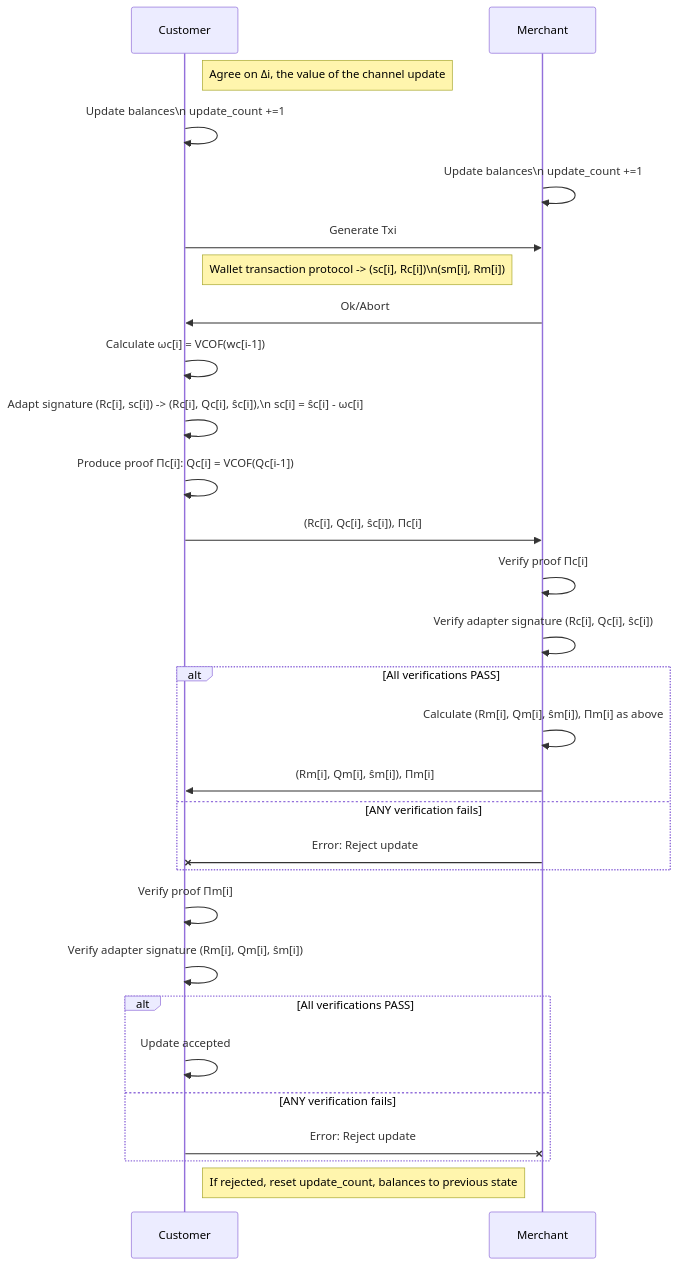
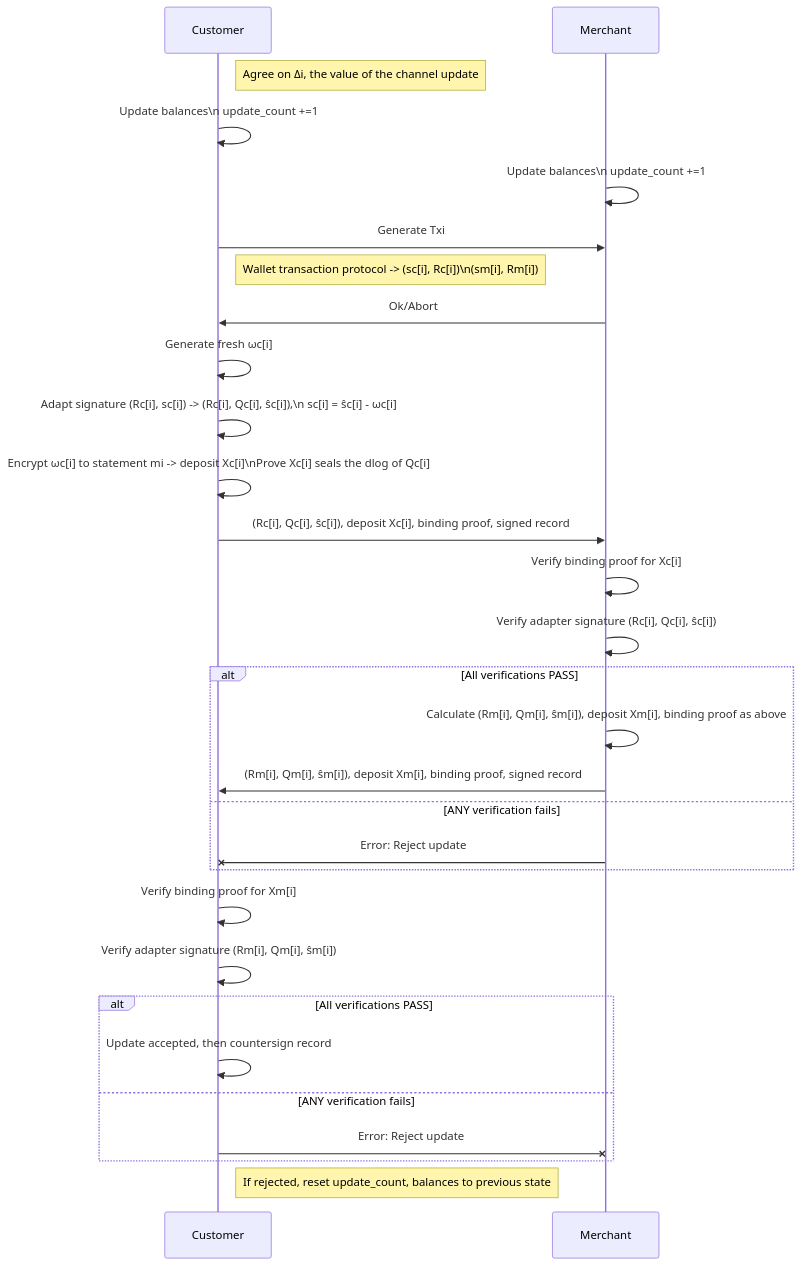
Before and after one commit to grease-xmr/grease: the diagram in docs/diagrams/channel_update_sequence.md, drawn with Mermaid. The commit also changed 48 other files, not shown here.

````diff
--- a/docs/diagrams/channel_update_sequence.md
+++ b/docs/diagrams/channel_update_sequence.md
@@ -1,39 +1,38 @@
 ```mermaid
 sequenceDiagram
     participant C as Customer
     participant M as Merchant
 
     note right of C: Agree on Δi, the value of the channel update
     C->>C: Update balances\n update_count +=1
     M->>M: Update balances\n update_count +=1
-    
+
     C->>M: Generate Txi
     note right of C: Wallet transaction protocol -> (sc[i], Rc[i])\n(sm[i], Rm[i])
-    M->>C: Ok/Abort    
+    M->>C: Ok/Abort
 
-    C->>C: Calculate ωc[i] = VCOF(wc[i-1])
+    C->>C: Generate fresh ωc[i]
     C->>C: Adapt signature (Rc[i], sc[i]) -> (Rc[i], Qc[i], ŝc[i]),\n sc[i] = ŝc[i] - ωc[i]
-    C->>C: Produce proof Πc[i]: Qc[i] = VCOF(Qc[i-1])
-    
-    C->>M: (Rc[i], Qc[i], ŝc[i]), Πc[i]
-    
-    M->>M: Verify proof Πc[i]
+    C->>C: Encrypt ωc[i] to statement mi -> deposit Xc[i]\nProve Xc[i] seals the dlog of Qc[i]
+
+    C->>M: (Rc[i], Qc[i], ŝc[i]), deposit Xc[i], binding proof, signed record
+
+    M->>M: Verify binding proof for Xc[i]
     M->>M: Verify adapter signature (Rc[i], Qc[i], ŝc[i])
     alt All verifications PASS
-        M->>M: Calculate (Rm[i], Qm[i], ŝm[i]), Πm[i] as above
-        M->>C: (Rm[i], Qm[i], ŝm[i]), Πm[i]
-    else ANY verification fails 
+        M->>M: Calculate (Rm[i], Qm[i], ŝm[i]), deposit Xm[i], binding proof as above
+        M->>C: (Rm[i], Qm[i], ŝm[i]), deposit Xm[i], binding proof, signed record
+    else ANY verification fails
         M-xC: Error: Reject update
     end
-    
-    C->>C: Verify proof Πm[i]
+
+    C->>C: Verify binding proof for Xm[i]
     C->>C: Verify adapter signature (Rm[i], Qm[i], ŝm[i])
     alt All verifications PASS
-        C->>C: Update accepted
-    else ANY verification fails 
+        C->>C: Update accepted, then countersign record
+    else ANY verification fails
         C-xM: Error: Reject update
     end
-    
+
     note right of C: If rejected, reset update_count, balances to previous state
-
 ```
````
